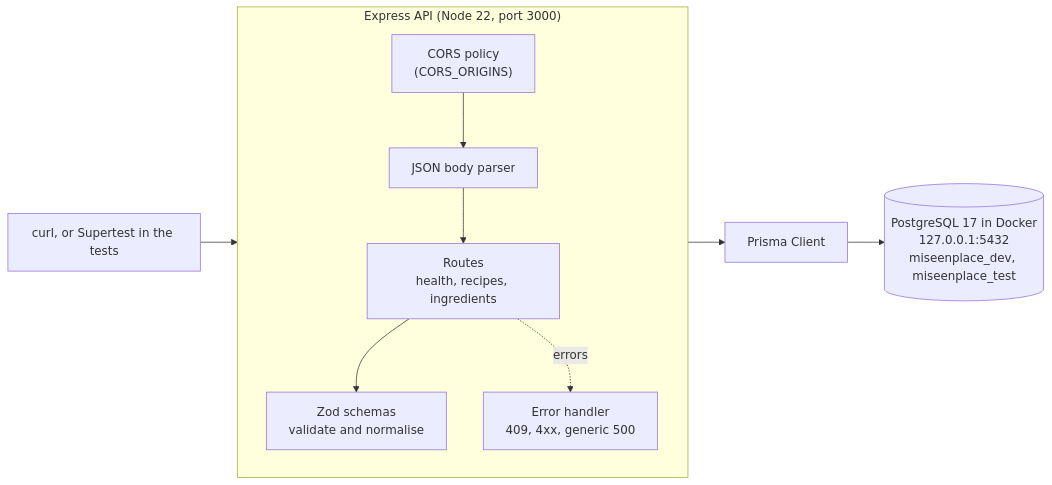
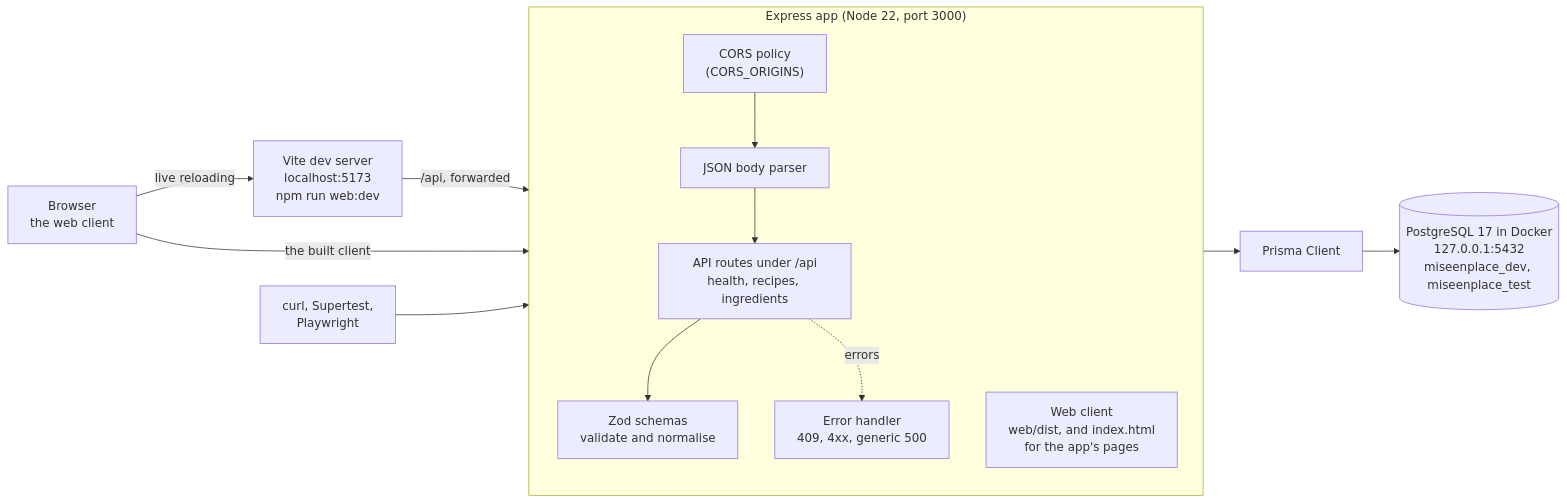
One commit to A-W-Coding/mise-en-place changed the first of 2 diagrams in docs/architecture.md. Above: the diagram before and after it, drawn with Mermaid. The commit also changed other lines of this file and 4 other files, not shown here.

````diff
--- a/docs/architecture.md
+++ b/docs/architecture.md
@@ -7,19 +7,25 @@
 ```mermaid
 flowchart LR
-    client["curl, or Supertest in the tests"]
+    browser["Browser<br/>the web client"]
+    vite["Vite dev server<br/>localhost:5173<br/>npm run web:dev"]
+    tests["curl, Supertest,<br/>Playwright"]
 
-    subgraph api["Express API (Node 22, port 3000)"]
+    subgraph api["Express app (Node 22, port 3000)"]
         direction TB
         cors["CORS policy<br/>(CORS_ORIGINS)"] --> json["JSON body parser"]
-        json --> routes["Routes<br/>health, recipes, ingredients"]
+        json --> routes["API routes under /api<br/>health, recipes, ingredients"]
         routes --> zod["Zod schemas<br/>validate and normalise"]
         routes -.->|errors| handler["Error handler<br/>409, 4xx, generic 500"]
+        web["Web client<br/>web/dist, and index.html<br/>for the app's pages"]
     end
 
     prisma["Prisma Client"]
     db[("PostgreSQL 17 in Docker<br/>127.0.0.1:5432<br/>miseenplace_dev, miseenplace_test")]
 
-    client --> cors
+    browser -->|live reloading| vite
+    vite -->|/api, forwarded| cors
+    browser -->|the built client| web
+    tests --> cors
     zod --> prisma
     prisma --> db
 ```
````
